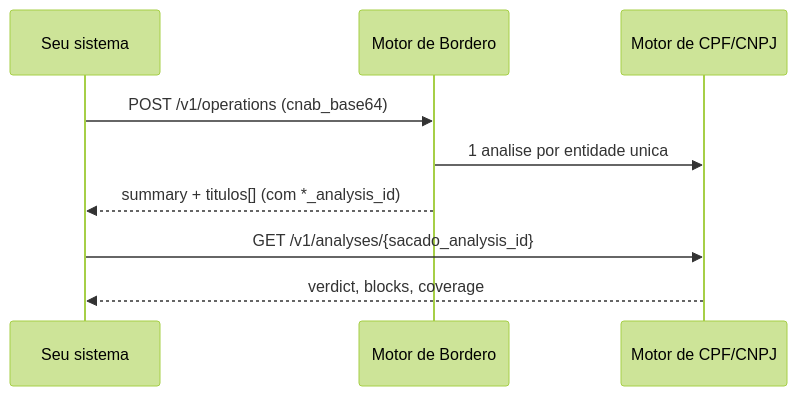
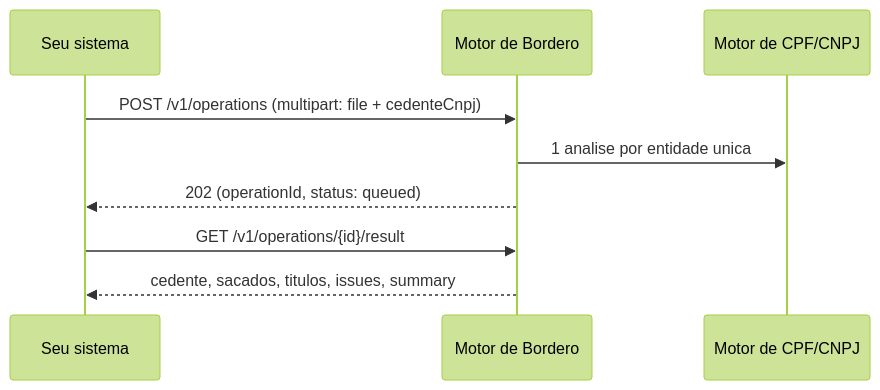
The diagram in motores/introducao.mdx (Sherlocker-LTDA/docs), drawn with Mermaid (forest theme) before and after one commit. The commit also changed other lines of this file and 20 other files, not shown here.

````diff
--- a/motores/introducao.mdx
+++ b/motores/introducao.mdx
@@ -33,11 +33,11 @@
 ```mermaid
 sequenceDiagram
     participant C as Seu sistema
     participant B as Motor de Bordero
     participant A as Motor de CPF/CNPJ
-    C->>B: POST /v1/operations (cnab_base64)
+    C->>B: POST /v1/operations (multipart: file + cedenteCnpj)
     B->>A: 1 analise por entidade unica
-    B-->>C: summary + titulos[] (com *_analysis_id)
-    C->>A: GET /v1/analyses/{sacado_analysis_id}
-    A-->>C: verdict, blocks, coverage
+    B-->>C: 202 (operationId, status: queued)
+    C->>B: GET /v1/operations/{id}/result
+    B-->>C: cedente, sacados, titulos, issues, summary
 ```
````
